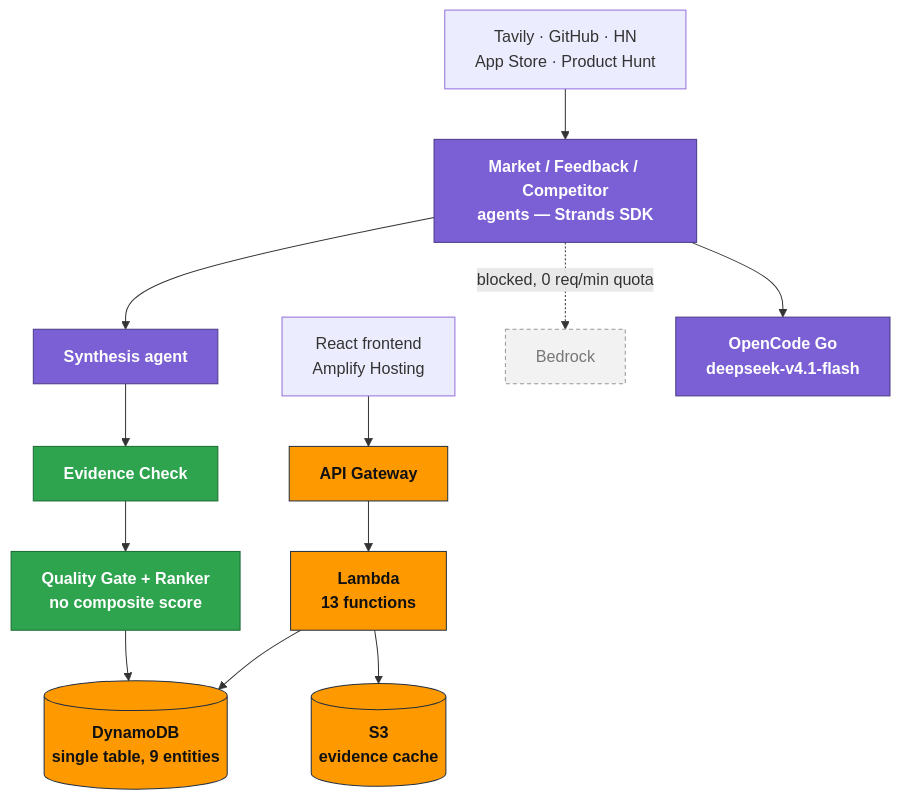
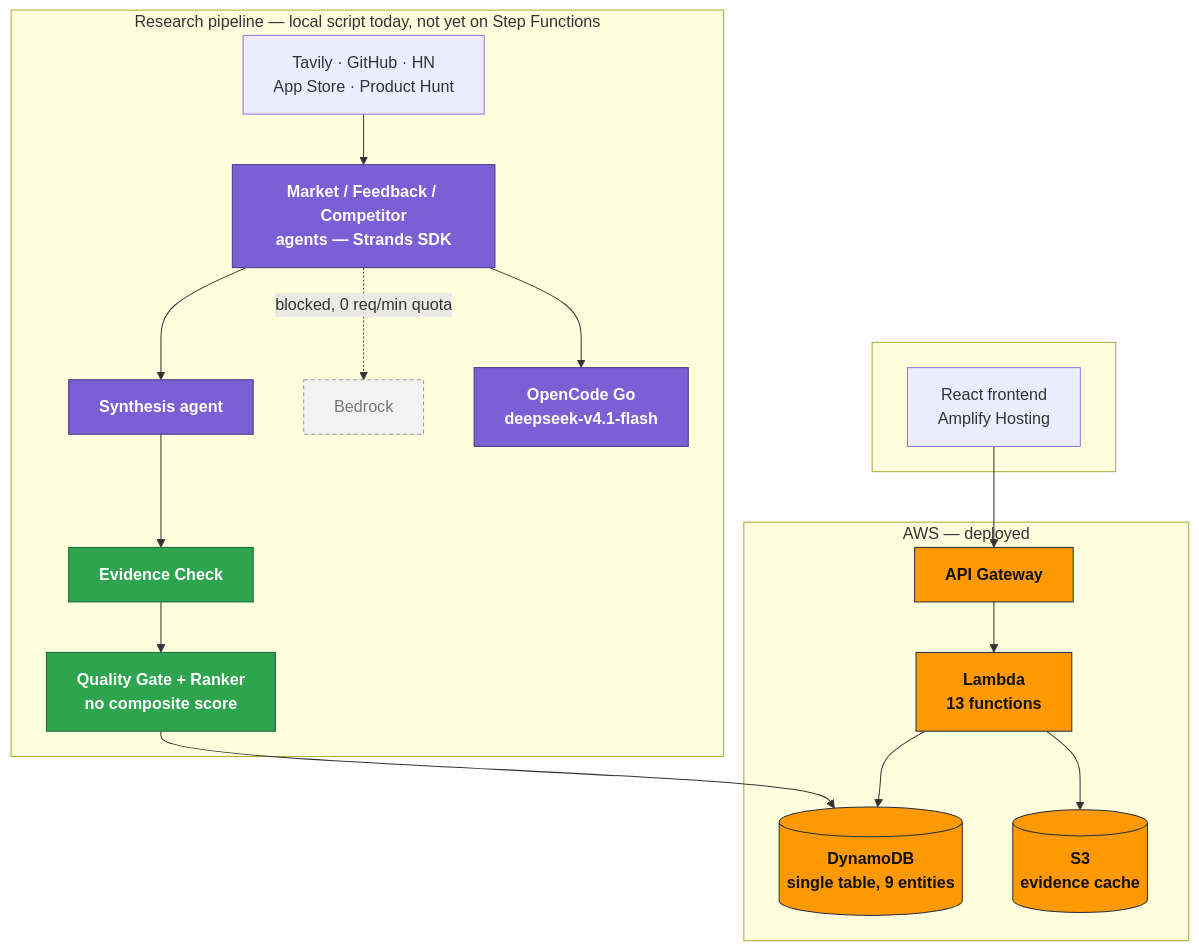
One commit to Niranjan-cyber/BusyFox changed the diagram in README.md. Above: the diagram before and after it, drawn with Mermaid.

Commit message:
Fix README architecture diagram layout with explicit subgraphs
Without subgraph grouping, Mermaid's auto-layout scattered OpenCode Go
and threaded the frontend/API chain through the middle of the agent
pipeline (visible once rendered on GitHub). Grouping into Client / AWS
deployed / Research pipeline clusters keeps related nodes together.

````diff
--- a/README.md
+++ b/README.md
@@ -41,24 +41,33 @@
 ```mermaid
 flowchart TD
-    FE["React frontend\nAmplify Hosting"] --> GW["API Gateway"]
-    GW --> LAM["Lambda\n13 functions"]
-    LAM --> DDB[("DynamoDB\nsingle table, 9 entities")]
-    LAM --> S3[("S3\nevidence cache")]
-    EXT["Tavily · GitHub · HN\nApp Store · Product Hunt"] --> AG
+    subgraph Client[" "]
+        FE["React frontend\nAmplify Hosting"]
+    end
 
-    AG["Market / Feedback / Competitor\nagents — Strands SDK"] --> SYN["Synthesis agent"]
-    SYN --> EC["Evidence Check"]
-    EC --> QG["Quality Gate + Ranker\nno composite score"]
+    subgraph AWSDeployed["AWS — deployed"]
+        GW["API Gateway"] --> LAM["Lambda\n13 functions"]
+        LAM --> DDB[("DynamoDB\nsingle table, 9 entities")]
+        LAM --> S3[("S3\nevidence cache")]
+    end
+
+    subgraph Pipeline["Research pipeline — local script today, not yet on Step Functions"]
+        EXT["Tavily · GitHub · HN\nApp Store · Product Hunt"] --> AG["Market / Feedback / Competitor\nagents — Strands SDK"]
+        AG --> SYN["Synthesis agent"]
+        SYN --> EC["Evidence Check"]
+        EC --> QG["Quality Gate + Ranker\nno composite score"]
+        AG -.blocked, 0 req/min quota.-> BR["Bedrock"]
+        AG --> OCG["OpenCode Go\ndeepseek-v4.1-flash"]
+    end
+
+    FE --> GW
     QG --> DDB
-    AG -.blocked, 0 req/min quota.-> BR["Bedrock"]
-    AG --> OCG["OpenCode Go\ndeepseek-v4.1-flash"]
 
     classDef aws fill:#FF9900,stroke:#232F3E,color:#111,font-weight:bold;
     classDef verify fill:#2ea44f,stroke:#1a6b34,color:#fff,font-weight:bold;
     classDef model fill:#7b5fd4,stroke:#4b3a86,color:#fff,font-weight:bold;
     classDef blocked fill:#f2f2f2,stroke:#999,color:#777,stroke-dasharray: 4 3;
     class GW,LAM,DDB,S3 aws;
     class EC,QG verify;
     class AG,SYN,OCG model;
     class BR blocked;
 ```
````
